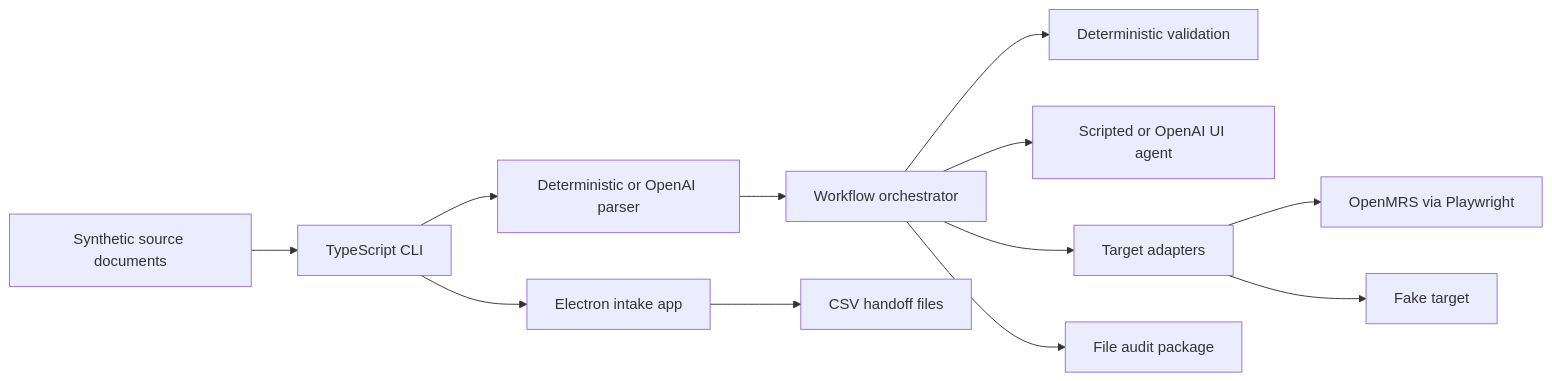
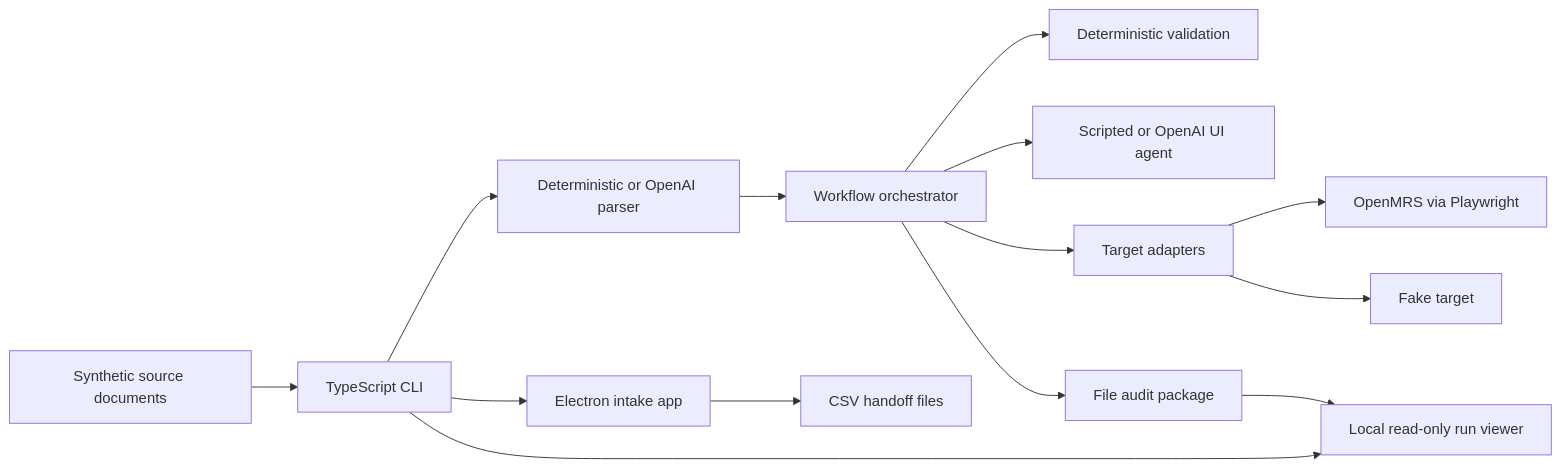
Before and after one commit to wm-pxel/agentic-ui-automation: the first of 2 diagrams in README.md, drawn with Mermaid. The commit also changed other lines of this file and 5 other files, not shown here.

Commit message:
Order screenshot artifacts and document viewer flow

````diff
--- a/README.md
+++ b/README.md
@@ -160,14 +161,16 @@
 ```mermaid
 flowchart LR
   Source["Synthetic source documents"] --> CLI["TypeScript CLI"]
   CLI --> Parser["Deterministic or OpenAI parser"]
   Parser --> Orchestrator["Workflow orchestrator"]
   Orchestrator --> Validation["Deterministic validation"]
   Orchestrator --> Agent["Scripted or OpenAI UI agent"]
   Orchestrator --> Targets["Target adapters"]
   Targets --> OpenMRS["OpenMRS via Playwright"]
   Targets --> Fake["Fake target"]
   CLI --> DesktopApp["Electron intake app"]
   DesktopApp --> Handoff["CSV handoff files"]
   Orchestrator --> Audit["File audit package"]
+  CLI --> Viewer["Local read-only run viewer"]
+  Audit --> Viewer
 ```
````
